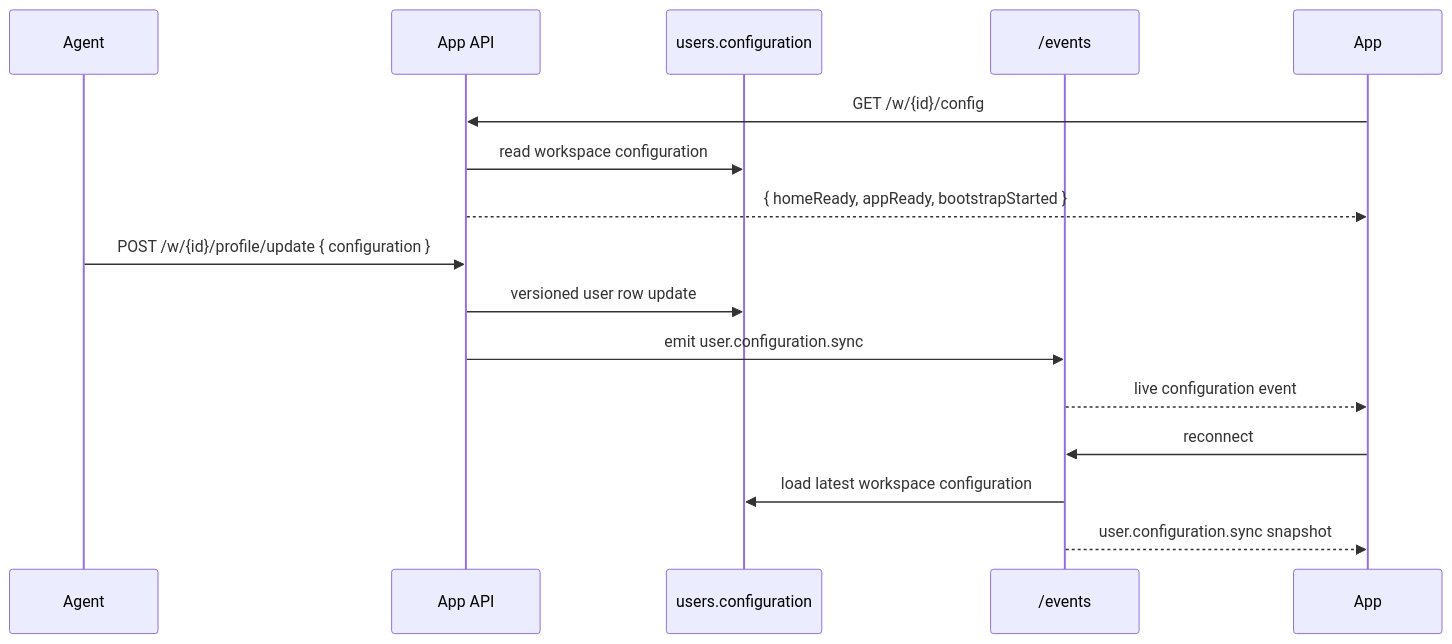
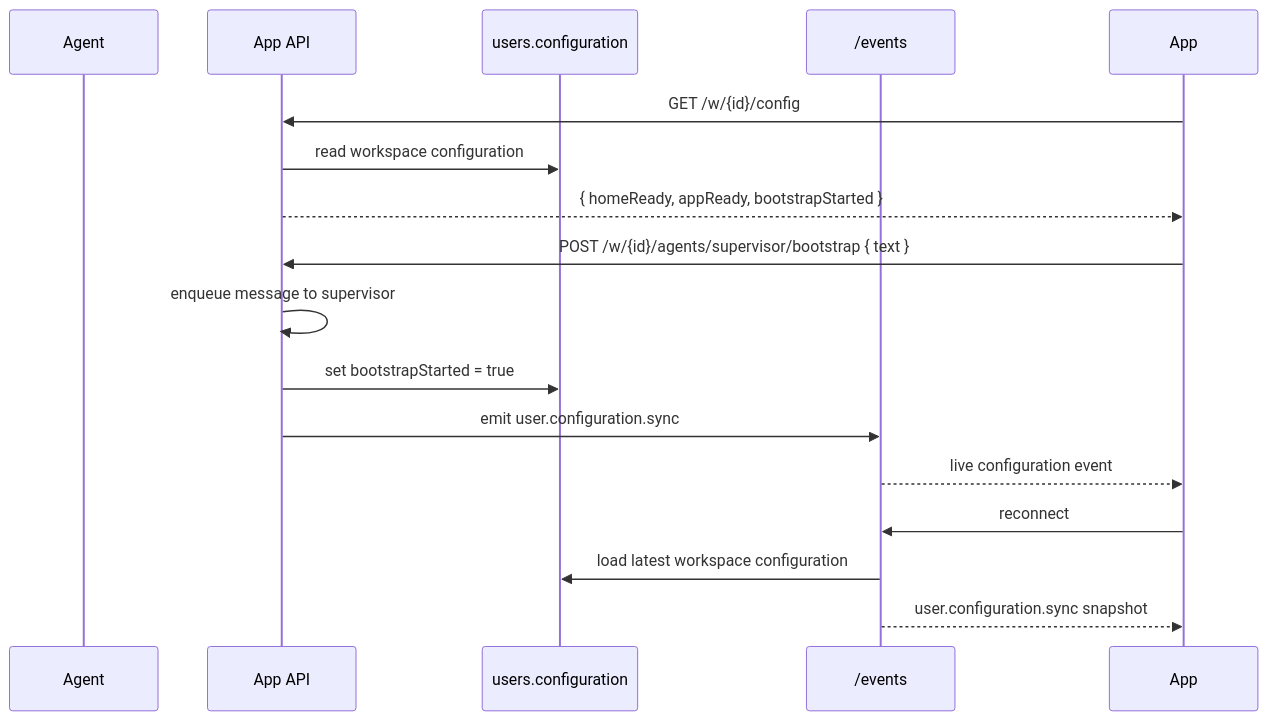
One commit to ex3ndr/daycare changed the diagram in packages/daycare/doc/USER_CONFIGURATION_FLAGS.md. Above: the diagram before and after it, drawn with Mermaid. The commit also changed other lines of this file and 8 other files, not shown here.

Commit message:
fix(api): set bootstrap status during supervisor enqueue

````diff
--- a/packages/daycare/doc/USER_CONFIGURATION_FLAGS.md
+++ b/packages/daycare/doc/USER_CONFIGURATION_FLAGS.md
@@ -34,20 +35,21 @@
 ```mermaid
 sequenceDiagram
     participant Agent
     participant API as App API
     participant DB as users.configuration
     participant SSE as /events
     participant App
 
     App->>API: GET /w/{id}/config
     API->>DB: read workspace configuration
     API-->>App: { homeReady, appReady, bootstrapStarted }
 
-    Agent->>API: POST /w/{id}/profile/update { configuration }
-    API->>DB: versioned user row update
+    App->>API: POST /w/{id}/agents/supervisor/bootstrap { text }
+    API->>API: enqueue message to supervisor
+    API->>DB: set bootstrapStarted = true
     API->>SSE: emit user.configuration.sync
     SSE-->>App: live configuration event
     App->>SSE: reconnect
     SSE->>DB: load latest workspace configuration
     SSE-->>App: user.configuration.sync snapshot
 ```
````
